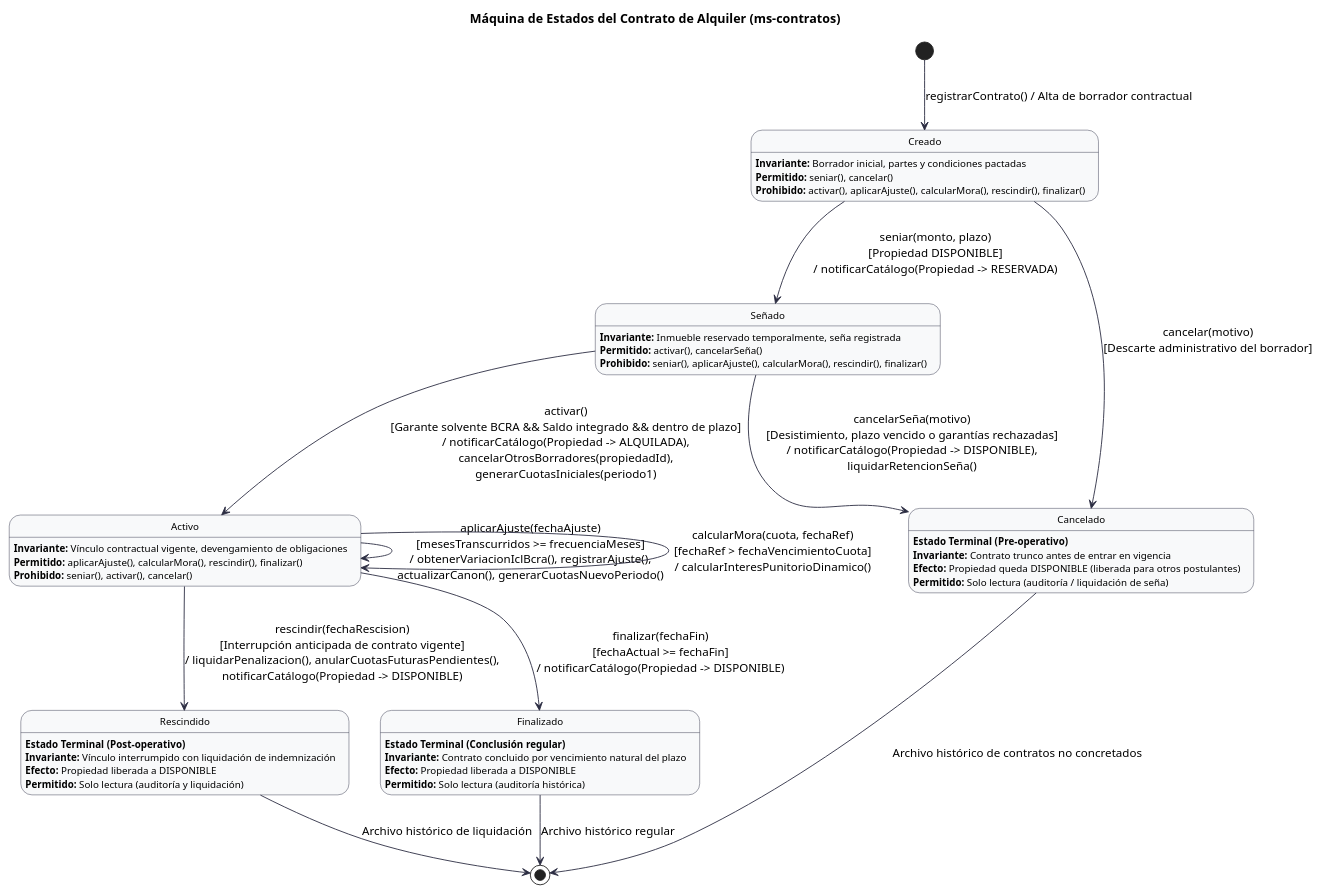
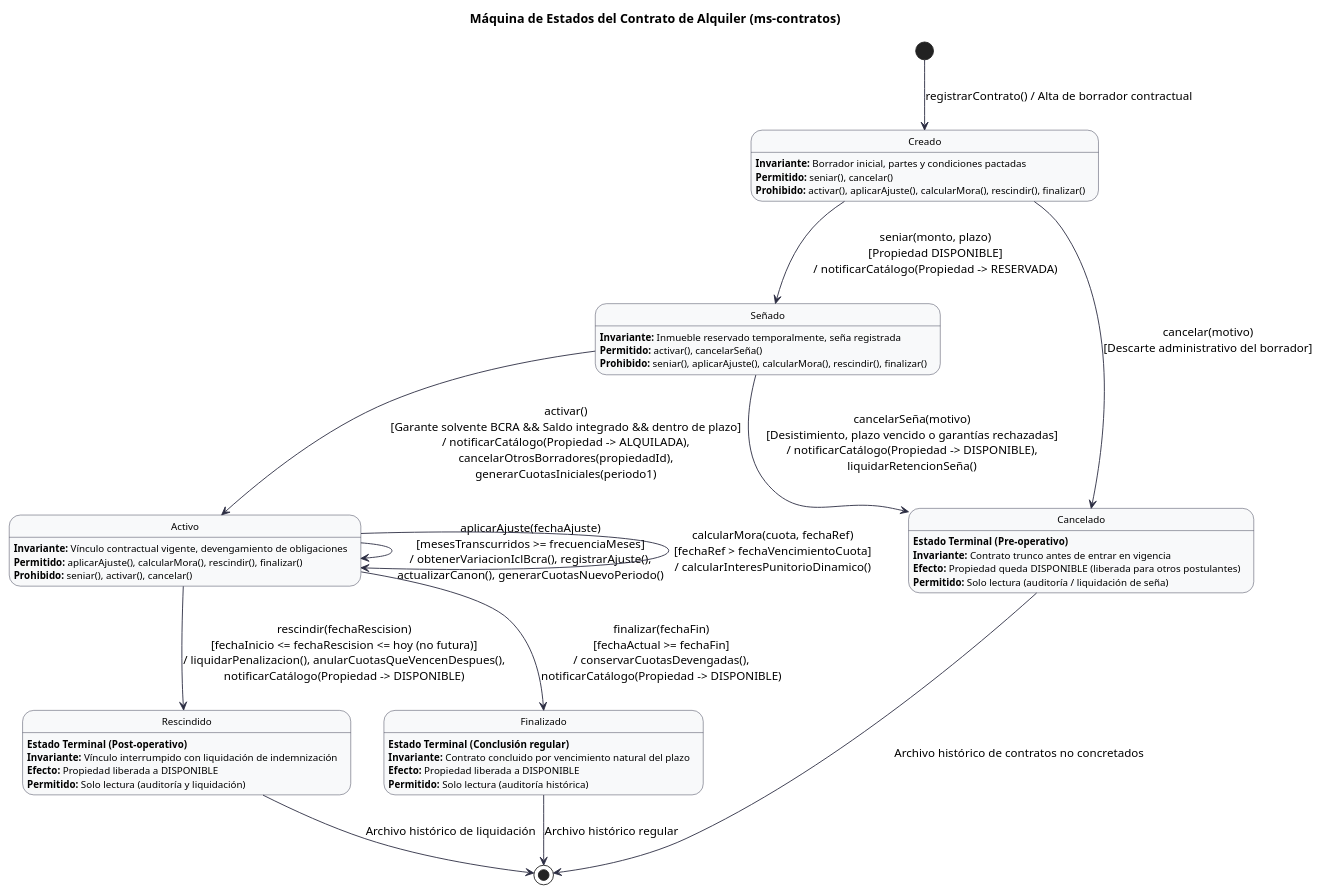
One commit to Luxuul01/tpi-back-RovedaSA changed the diagram in docs/Dominio.md. Above: the diagram before and after it, drawn with PlantUML. The commit also changed other lines of this file and 8 other files, not shown here.

````diff
--- a/docs/Dominio.md
+++ b/docs/Dominio.md
@@ -61,78 +61,78 @@
 ```plantuml
 @startuml
 skinparam backgroundColor #FFFFFF
 skinparam state {
     BackgroundColor #F8F9FA
     BorderColor #2B2D42
     ArrowColor #2B2D42
     FontName Arial
     FontSize 12
     AttributeFontSize 11
 }
 hide empty description
 
 title Máquina de Estados del Contrato de Alquiler (ms-contratos)
 
 [*] --> Creado : registrarContrato() / Alta de borrador contractual
 
 state Creado {
     Creado : **Invariante:** Borrador inicial, partes y condiciones pactadas
     Creado : **Permitido:** seniar(), cancelar()
     Creado : **Prohibido:** activar(), aplicarAjuste(), calcularMora(), rescindir(), finalizar()
 }
 
 Creado --> Señado : seniar(monto, plazo)\n[Propiedad DISPONIBLE]\n/ notificarCatálogo(Propiedad -> RESERVADA)
 
 Creado --> Cancelado : cancelar(motivo)\n[Descarte administrativo del borrador]
 
 state Señado {
     Señado : **Invariante:** Inmueble reservado temporalmente, seña registrada
     Señado : **Permitido:** activar(), cancelarSeña()
     Señado : **Prohibido:** seniar(), aplicarAjuste(), calcularMora(), rescindir(), finalizar()
 }
 
 Señado --> Activo : activar()\n[Garante solvente BCRA && Saldo integrado && dentro de plazo]\n/ notificarCatálogo(Propiedad -> ALQUILADA),\ncancelarOtrosBorradores(propiedadId),\ngenerarCuotasIniciales(periodo1)
 
 Señado --> Cancelado : cancelarSeña(motivo)\n[Desistimiento, plazo vencido o garantías rechazadas]\n/ notificarCatálogo(Propiedad -> DISPONIBLE),\nliquidarRetencionSeña()
 
 state Activo {
     Activo : **Invariante:** Vínculo contractual vigente, devengamiento de obligaciones
     Activo : **Permitido:** aplicarAjuste(), calcularMora(), rescindir(), finalizar()
     Activo : **Prohibido:** seniar(), activar(), cancelar()
 
     Activo --> Activo : aplicarAjuste(fechaAjuste)\n[mesesTranscurridos >= frecuenciaMeses]\n/ obtenerVariacionIclBcra(), registrarAjuste(),\nactualizarCanon(), generarCuotasNuevoPeriodo()
 
     Activo --> Activo : calcularMora(cuota, fechaRef)\n[fechaRef > fechaVencimientoCuota]\n/ calcularInteresPunitorioDinamico()
 }
 
-Activo --> Rescindido : rescindir(fechaRescision)\n[Interrupción anticipada de contrato vigente]\n/ liquidarPenalizacion(), anularCuotasFuturasPendientes(),\nnotificarCatálogo(Propiedad -> DISPONIBLE)
+Activo --> Rescindido : rescindir(fechaRescision)\n[fechaInicio <= fechaRescision <= hoy (no futura)]\n/ liquidarPenalizacion(), anularCuotasQueVencenDespues(),\nnotificarCatálogo(Propiedad -> DISPONIBLE)
 
-Activo --> Finalizado : finalizar(fechaFin)\n[fechaActual >= fechaFin]\n/ notificarCatálogo(Propiedad -> DISPONIBLE)
+Activo --> Finalizado : finalizar(fechaFin)\n[fechaActual >= fechaFin]\n/ conservarCuotasDevengadas(),\nnotificarCatálogo(Propiedad -> DISPONIBLE)
 
 state Cancelado {
     Cancelado : **Estado Terminal (Pre-operativo)**
     Cancelado : **Invariante:** Contrato trunco antes de entrar en vigencia
     Cancelado : **Efecto:** Propiedad queda DISPONIBLE (liberada para otros postulantes)
     Cancelado : **Permitido:** Solo lectura (auditoría / liquidación de seña)
 }
 
 state Rescindido {
     Rescindido : **Estado Terminal (Post-operativo)**
     Rescindido : **Invariante:** Vínculo interrumpido con liquidación de indemnización
     Rescindido : **Efecto:** Propiedad liberada a DISPONIBLE
     Rescindido : **Permitido:** Solo lectura (auditoría y liquidación)
 }
 
 state Finalizado {
     Finalizado : **Estado Terminal (Conclusión regular)**
     Finalizado : **Invariante:** Contrato concluido por vencimiento natural del plazo
     Finalizado : **Efecto:** Propiedad liberada a DISPONIBLE
     Finalizado : **Permitido:** Solo lectura (auditoría histórica)
 }
 
 Cancelado --> [*] : Archivo histórico de contratos no concretados
 Rescindido --> [*] : Archivo histórico de liquidación
 Finalizado --> [*] : Archivo histórico regular
 
 @enduml
 ```
````
